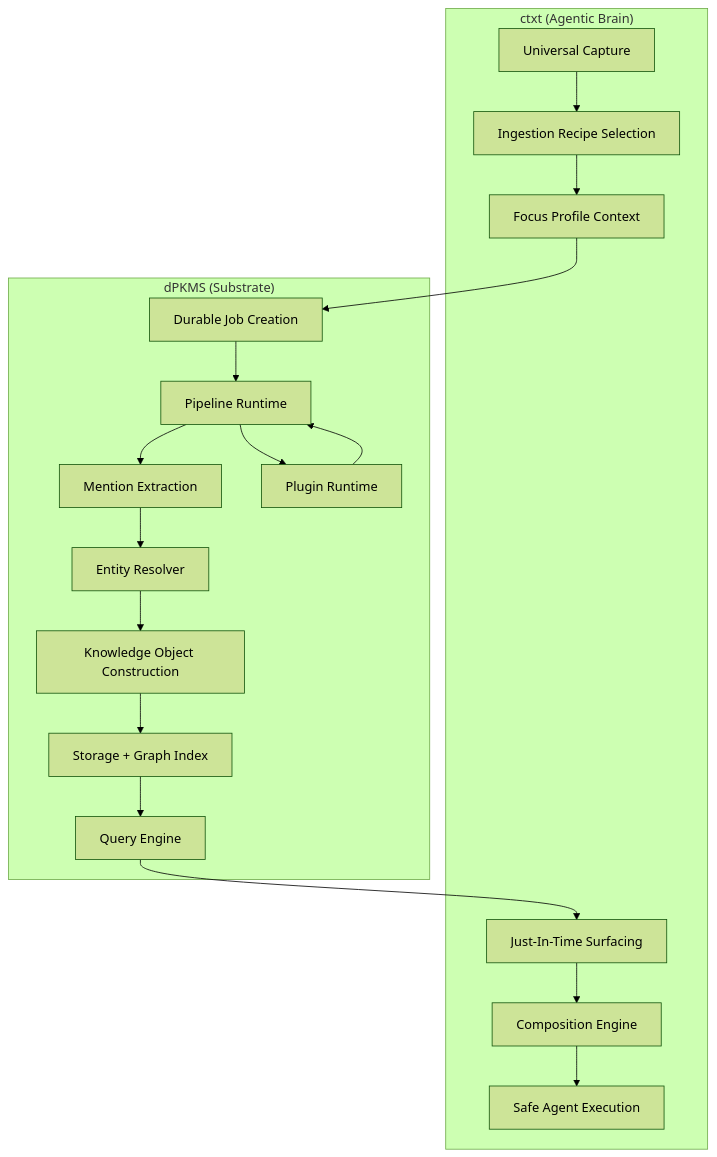
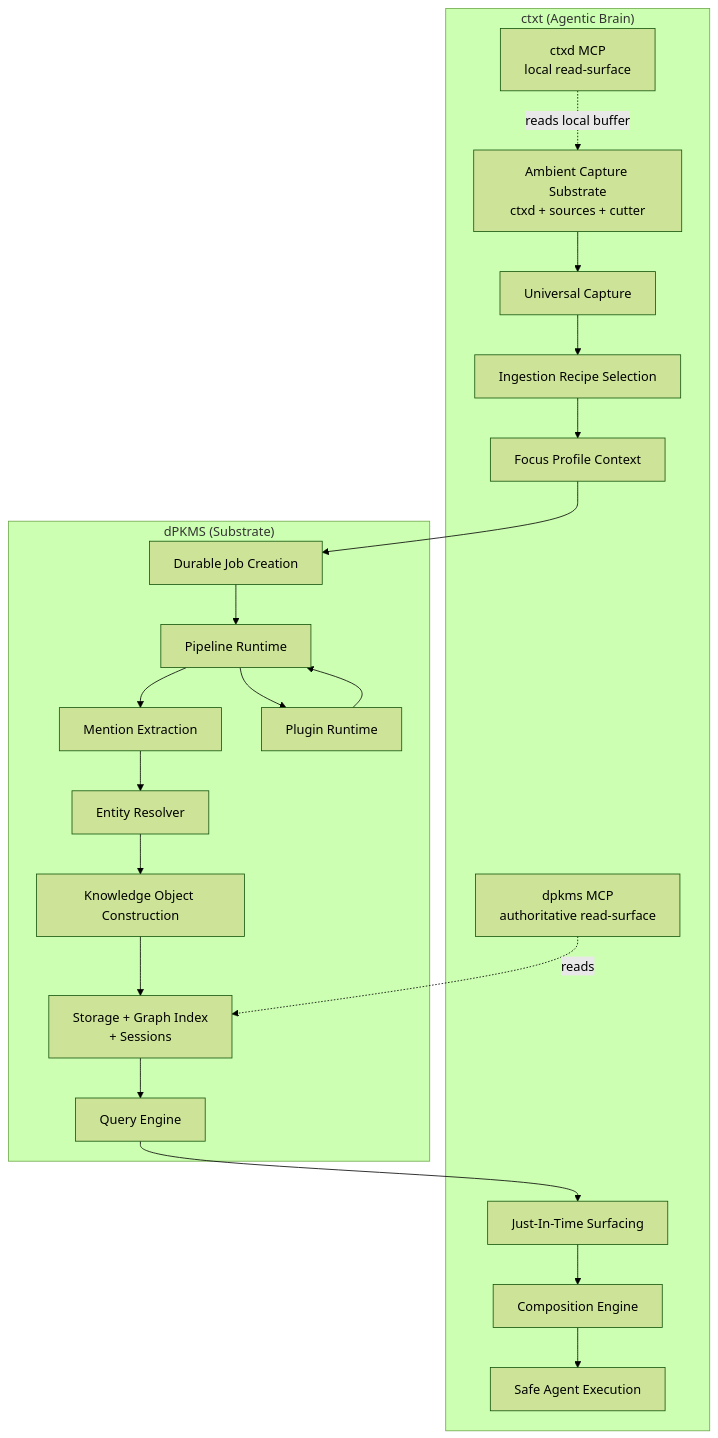
Before and after one commit to ContextHelp/ContextHelp: the first of 5 diagrams in docs/architecture.md, drawn with Mermaid (forest theme). The commit also changed other lines of this file and 29 other files, not shown here.

````diff
--- a/docs/architecture.md
+++ b/docs/architecture.md
@@ -56,34 +61,39 @@
 ```mermaid
 flowchart TD
     subgraph ctxt["ctxt (Agentic Brain)"]
         A[Universal Capture] --> B[Ingestion Recipe Selection]
         B --> C[Focus Profile Context]
+        AMB[Ambient Capture Substrate<br/>ctxd + sources + cutter] --> A
+        MCP_L[ctxd MCP<br/>local read-surface]
         K[Just-In-Time Surfacing]
         L[Composition Engine]
         M[Safe Agent Execution]
+        MCP_D[dpkms MCP<br/>authoritative read-surface]
     end
 
     subgraph dPKMS["dPKMS (Substrate)"]
         D[Durable Job Creation]
         E[Pipeline Runtime]
         F[Mention Extraction]
         G[Entity Resolver]
         H[Knowledge Object Construction]
-        I[Storage + Graph Index]
+        I[Storage + Graph Index<br/>+ Sessions]
         J[Query Engine]
         N[Plugin Runtime]
     end
 
     C --> D
     D --> E
     E --> F
     F --> G
     G --> H
     H --> I
     I --> J
     J --> K
     K --> L
     L --> M
     E --> N
     N --> E
+    MCP_D -.->|reads| I
+    MCP_L -.->|reads local buffer| AMB
 ```
````
